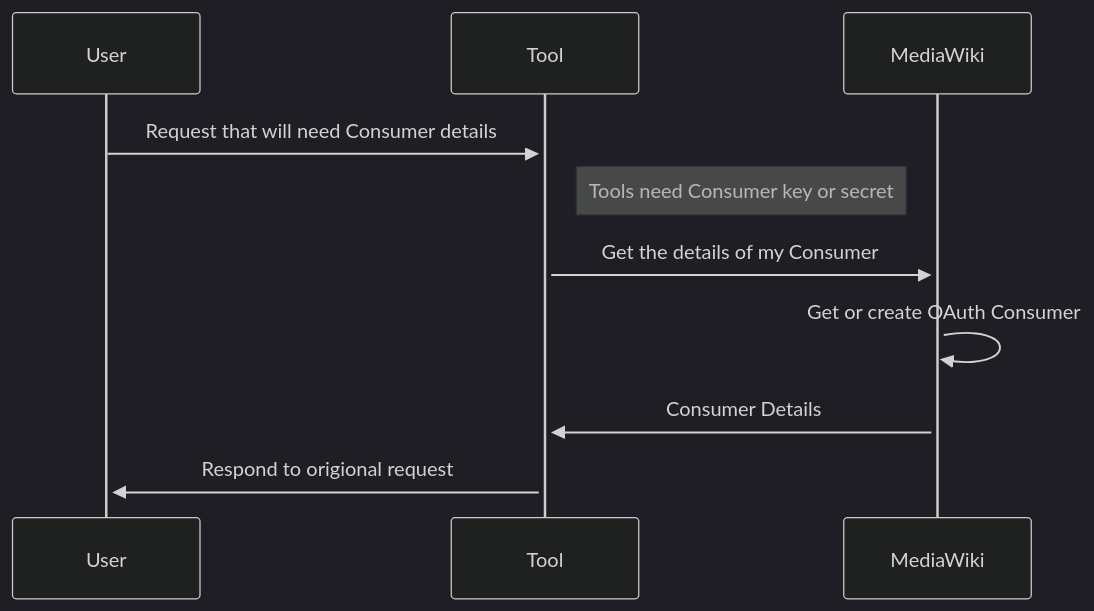
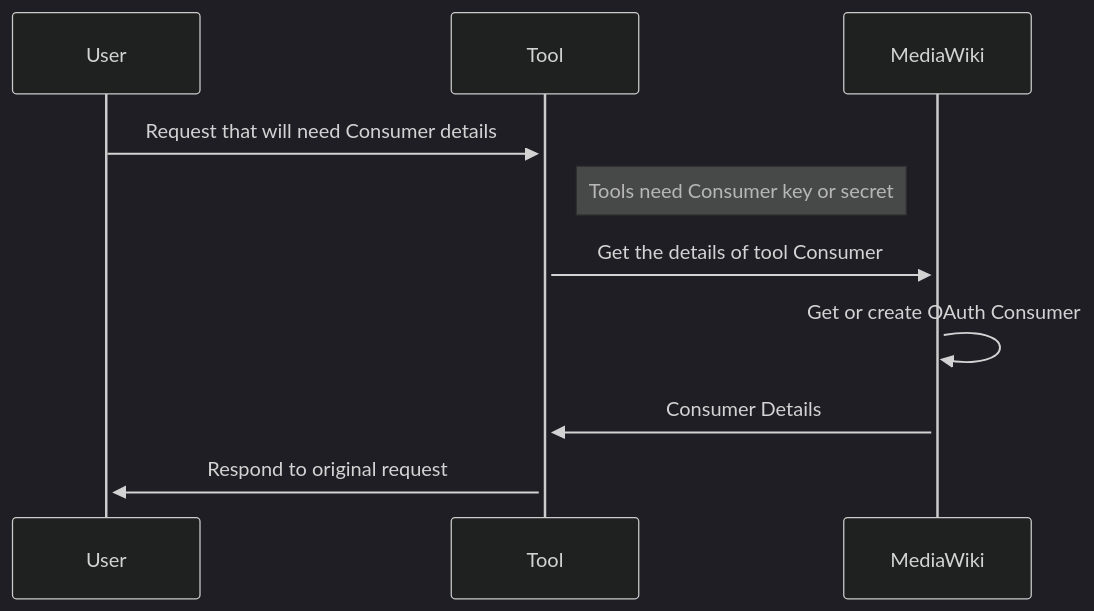
The diagram in tech/services/magnustools.md (wbstack/docs), drawn with Mermaid (dark theme) before and after one commit. The commit also changed other lines of this file, not shown here.

Commit message:
Small tweaks to magnustools oauth dance docs (#29)

````diff
--- a/tech/services/magnustools.md
+++ b/tech/services/magnustools.md
@@ -18,9 +18,9 @@
 ```mermaid
 sequenceDiagram
     User->>+Tool: Request that will need Consumer details
     Note right of Tool: Tools need Consumer key or secret
-    Tool->>+MediaWiki: Get the details of my Consumer
+    Tool->>+MediaWiki: Get the details of tool Consumer
     MediaWiki->>+MediaWiki: Get or create OAuth Consumer
     MediaWiki->>+Tool: Consumer Details
-    Tool->>+User: Respond to origional request
+    Tool->>+User: Respond to original request
 ```
````
